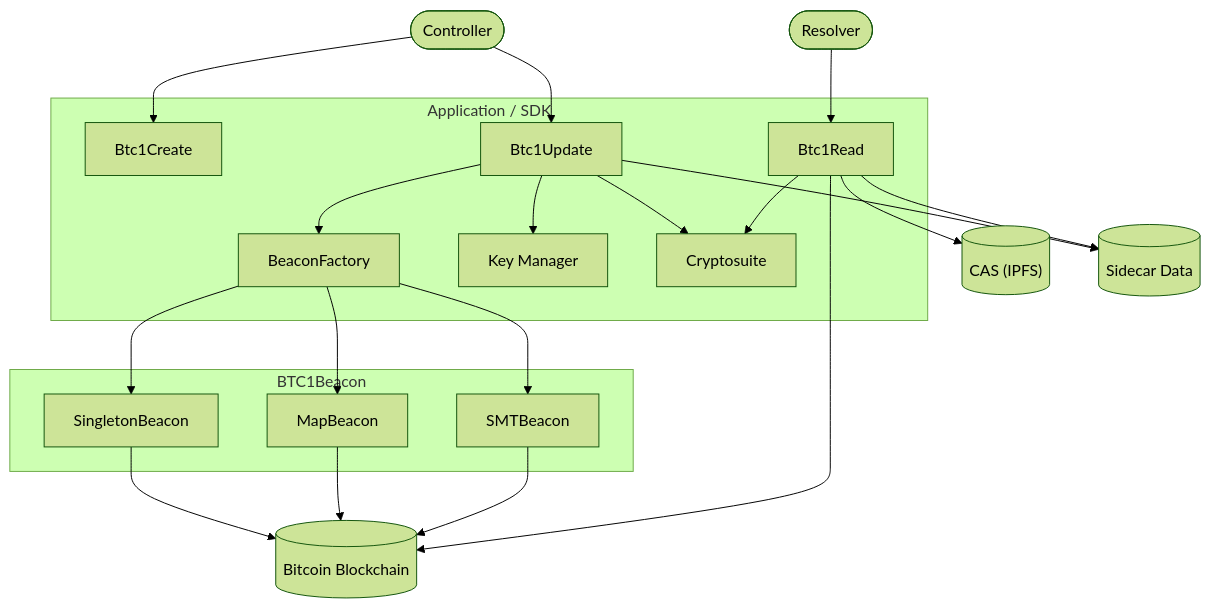
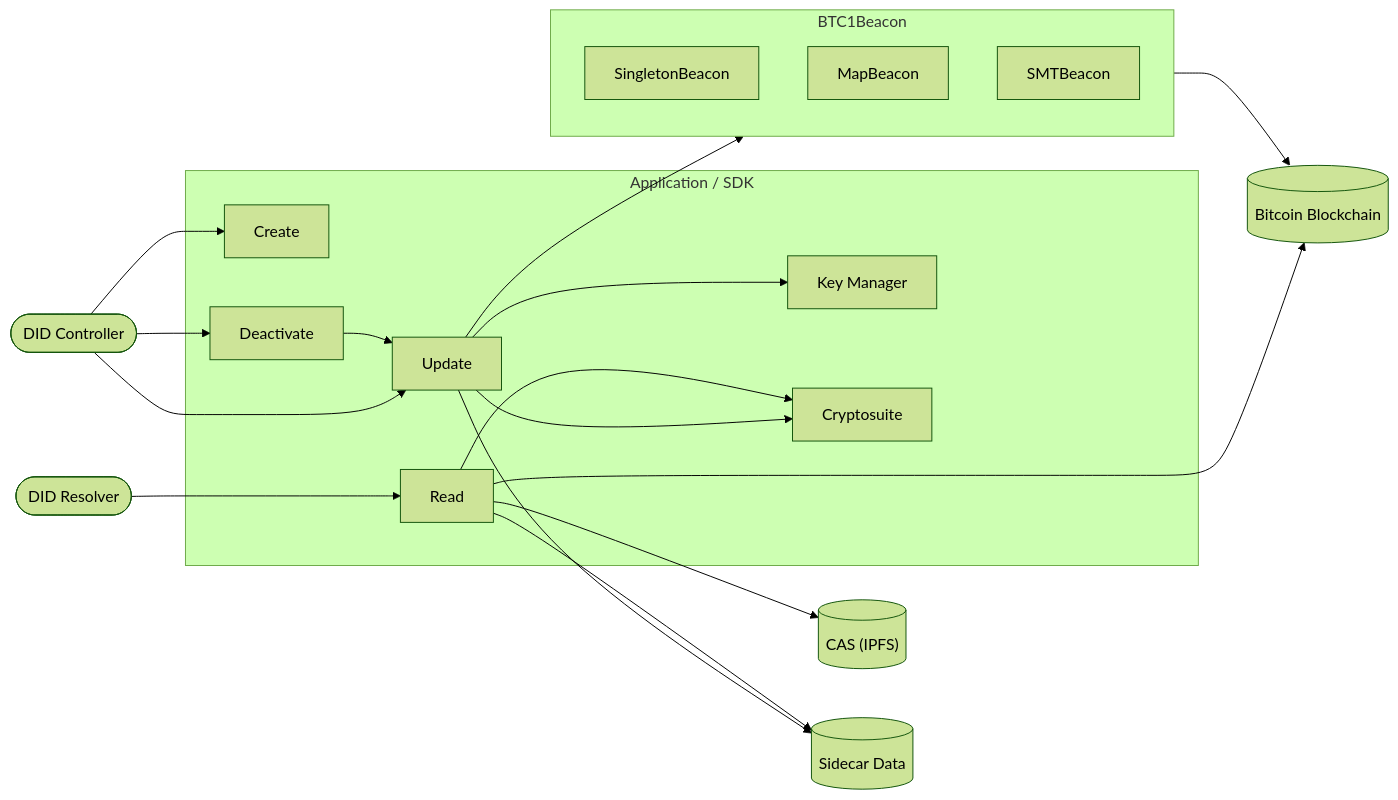
One commit to jintekc/website-btcr2-dev changed the diagram in docs/public/diagrams/architecture.mmd. Above: the diagram before and after it, drawn with Mermaid (forest theme).

```diff
--- a/docs/public/diagrams/architecture.mmd
+++ b/docs/public/diagrams/architecture.mmd
@@ -1,42 +1,51 @@
-flowchart TB
-  Controller([Controller])
-  Resolver([Resolver])
+flowchart LR
+  %% Main Actors
+  Controller([DID Controller])
+  Resolver([DID Resolver])
 
+  %% Impl Libs & Apps
   subgraph SDK["Application / SDK"]
-    Create[Btc1Create]
-    Read[Btc1Read]
-    Update[Btc1Update]
-    Factory[BeaconFactory]
+    Create[Create]
+    Deactivate[Deactivate]
+    Update[Update]
+    Read[Read]
     KMS[Key Manager]
     Crypto[Cryptosuite]
   end
 
   subgraph BTC1Beacon
     SingletonBeacon
     MapBeacon
     SMTBeacon
   end
 
+  %% Data
   BTC[(Bitcoin Blockchain)]
   CAS[("CAS (IPFS)")]
   Sidecar[(Sidecar Data)]
 
+  %% DID Resolver
+  Resolver ---> Read
+
+  %% DID Controller
   Controller --> Create
   Controller --> Update
+  Controller --> Deactivate
+  
+  %% Update
   Update --> KMS
   Update --> Crypto
-  Update --> Factory
-  Factory --> SingletonBeacon
-  Factory --> MapBeacon
-  Factory --> SMTBeacon
   Update --> Sidecar
 
-  SingletonBeacon --> BTC
-  MapBeacon --> BTC
-  SMTBeacon --> BTC
+  %% Beacons
+  Update --> BTC1Beacon
+  BTC1Beacon --> BTC
 
-  Resolver --> Read
+  %% Read
   Read --> BTC
   Read --> CAS
   Read --> Sidecar
   Read --> Crypto
+
+  %% Deactivate (Reuses Update)
+  Deactivate --> Update
```
